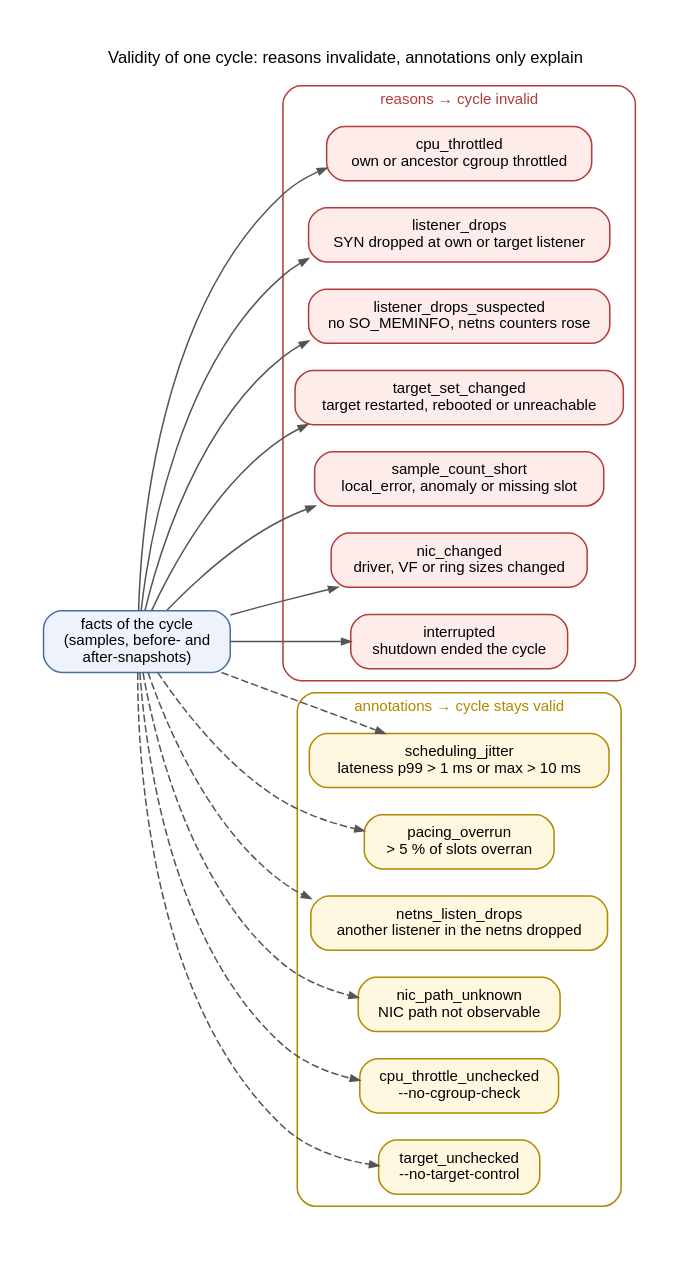
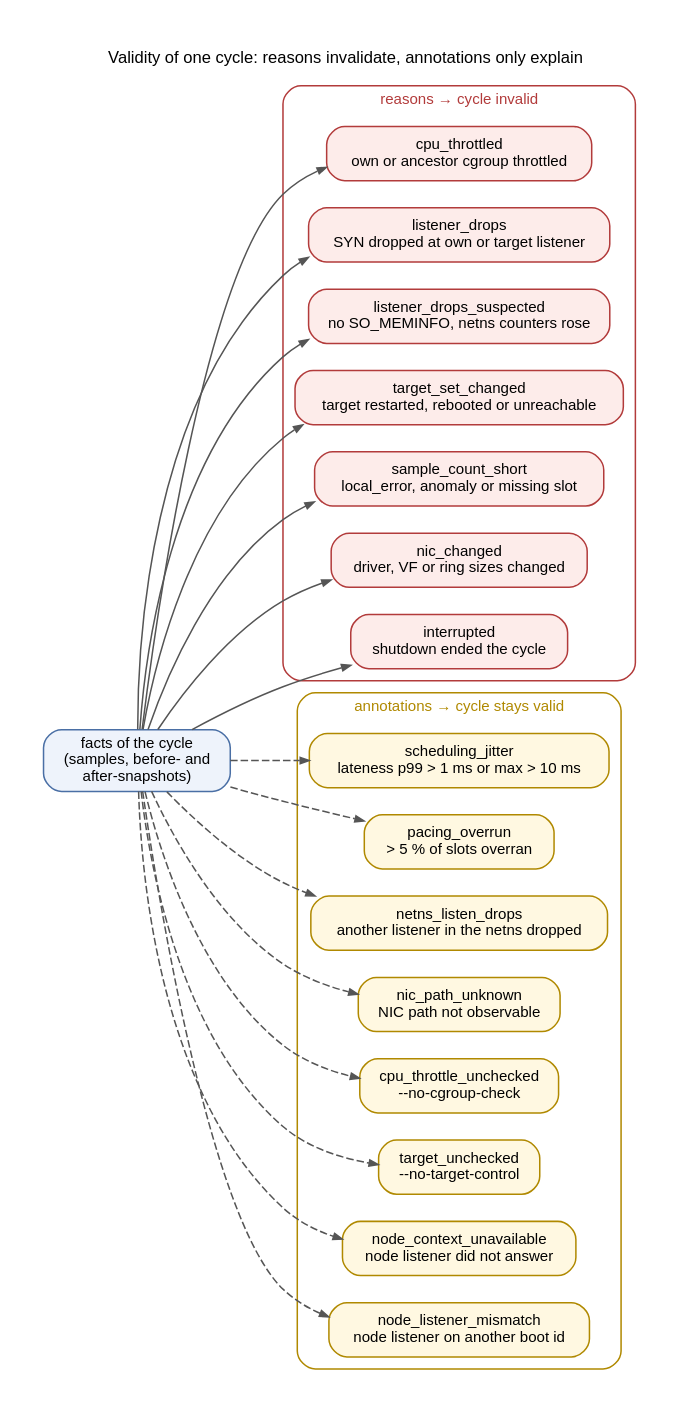
Before and after one commit to git001/k8s-netmeasure-rs: the diagram in docs/user/diagrams/cycle-validity.dot, drawn with Graphviz. The commit also changed 34 other files, not shown here.

Commit message:
Add --node-context-from for run, listen and selftest (milestone 3d2)

```diff
--- a/docs/user/diagrams/cycle-validity.dot
+++ b/docs/user/diagrams/cycle-validity.dot
@@ -1,34 +1,36 @@
 // How one cycle is judged (design §3.6). Every rule is checked; any reason invalidates.
 digraph cycle_validity {
   graph [rankdir=LR, ordering=out, fontname="Helvetica", fontsize=11, nodesep=0.25, ranksep=0.6, pad=0.3,
          label="Validity of one cycle: reasons invalidate, annotations only explain", labelloc=t];
   node  [shape=box, style="rounded,filled", fontname="Helvetica", fontsize=10];
   edge  [fontname="Helvetica", fontsize=9, color="#555555", arrowsize=0.6];
 
   facts [label="facts of the cycle\n(samples, before- and\nafter-snapshots)", fillcolor="#eef3fb", color="#4a6fa5"];
 
   subgraph cluster_reasons {
     label="reasons → cycle invalid"; style="rounded"; color="#b23b3b"; fontcolor="#b23b3b"; fontsize=10;
     node [fillcolor="#fdecea", color="#b23b3b"];
     r1 [label="cpu_throttled\nown or ancestor cgroup throttled"];
     r2 [label="listener_drops\nSYN dropped at own or target listener"];
     r3 [label="listener_drops_suspected\nno SO_MEMINFO, netns counters rose"];
     r4 [label="target_set_changed\ntarget restarted, rebooted or unreachable"];
     r5 [label="sample_count_short\nlocal_error, anomaly or missing slot"];
     r6 [label="nic_changed\ndriver, VF or ring sizes changed"];
     r7 [label="interrupted\nshutdown ended the cycle"];
   }
   subgraph cluster_notes {
     label="annotations → cycle stays valid"; style="rounded"; color="#b08900"; fontcolor="#b08900"; fontsize=10;
     node [fillcolor="#fff8e1", color="#b08900"];
     a1 [label="scheduling_jitter\nlateness p99 > 1 ms or max > 10 ms"];
     a2 [label="pacing_overrun\n> 5 % of slots overran"];
     a3 [label="netns_listen_drops\nanother listener in the netns dropped"];
     a4 [label="nic_path_unknown\nNIC path not observable"];
     a5 [label="cpu_throttle_unchecked\n--no-cgroup-check"];
     a6 [label="target_unchecked\n--no-target-control"];
+    a7 [label="node_context_unavailable\nnode listener did not answer"];
+    a8 [label="node_listener_mismatch\nnode listener on another boot id"];
   }
-  facts -> a6 [style=dashed]; facts -> a5 [style=dashed]; facts -> a4 [style=dashed];
+  facts -> a8 [style=dashed]; facts -> a7 [style=dashed]; facts -> a6 [style=dashed]; facts -> a5 [style=dashed]; facts -> a4 [style=dashed];
   facts -> a3 [style=dashed]; facts -> a2 [style=dashed]; facts -> a1 [style=dashed];
   facts -> r7; facts -> r6; facts -> r5; facts -> r4; facts -> r3; facts -> r2; facts -> r1;
 }
```
